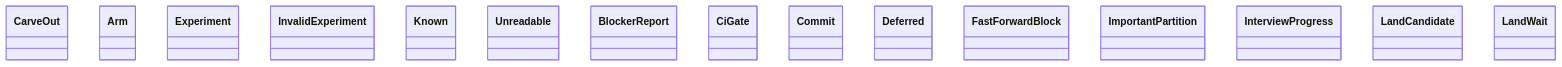
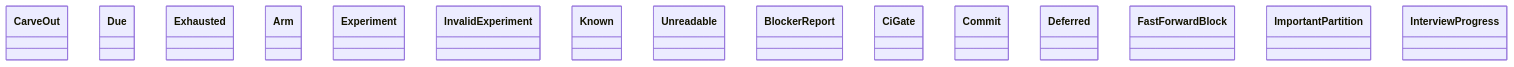
One commit to GonzaloZevallos/agentic-system changed the diagram in docs/architecture/generated/classes-process-domain-state-1.md. Above: the diagram before and after it, drawn with Mermaid. The commit also changed 9 other files, not shown here.

First line of the commit message:
Place drawing_answer in the state cluster and regenerate the docs

````diff
--- a/docs/architecture/generated/classes-process-domain-state-1.md
+++ b/docs/architecture/generated/classes-process-domain-state-1.md
@@ -29,18 +29,18 @@
 ```mermaid
 classDiagram
     class carve_out__CarveOut["CarveOut"]
+    class drawing_answer__Due["Due"]
+    class drawing_answer__Exhausted["Exhausted"]
     class experiment__Arm["Arm"]
     class experiment__Experiment["Experiment"]
     class experiment__InvalidExperiment["InvalidExperiment"]
     class lead_time__Known["Known"]
     class lead_time__Unreadable["Unreadable"]
     class rules__BlockerReport["BlockerReport"]
     class rules__CiGate["CiGate"]
     class rules__Commit["Commit"]
     class rules__Deferred["Deferred"]
     class rules__FastForwardBlock["FastForwardBlock"]
     class rules__ImportantPartition["ImportantPartition"]
     class rules__InterviewProgress["InterviewProgress"]
-    class rules__LandCandidate["LandCandidate"]
-    class rules__LandWait["LandWait"]
 ```
````
